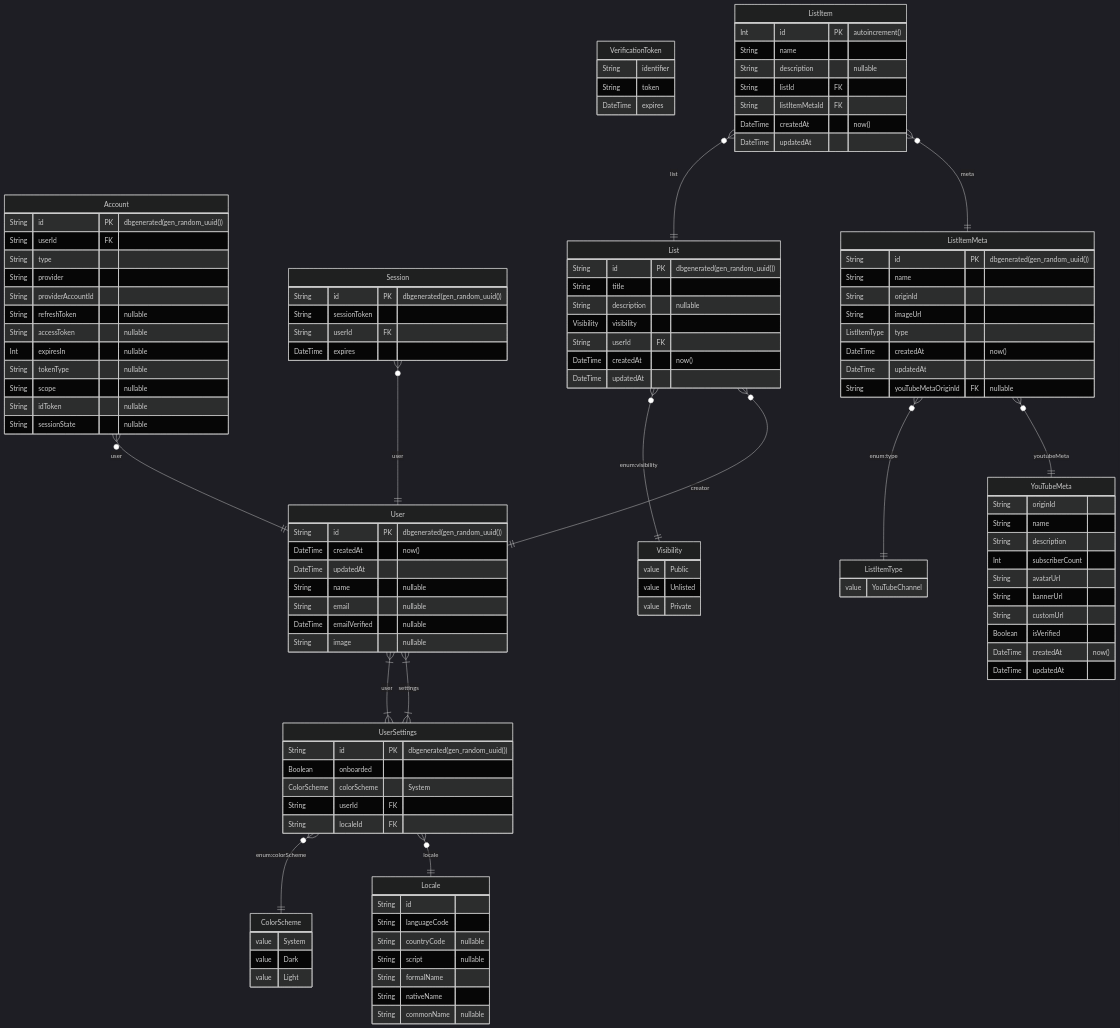
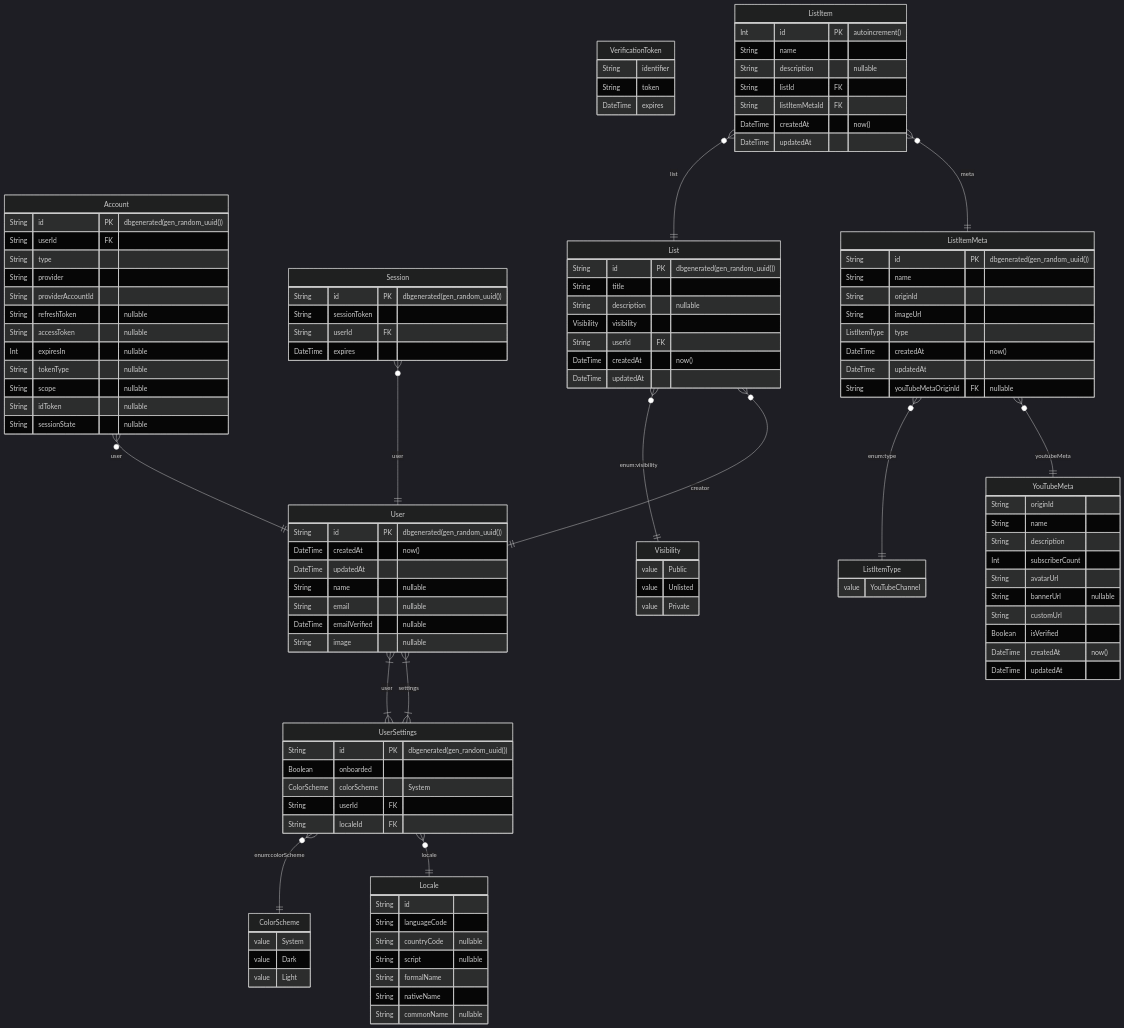
One commit to CodingGarden/listd changed the diagram in prisma/ERD.md. Above: the diagram before and after it, drawn with Mermaid (dark theme). The commit also changed 11 other files, not shown here.

```diff
--- a/prisma/ERD.md
+++ b/prisma/ERD.md
@@ -97,7 +97,7 @@
 		String description
 		Int subscriberCount
 		String avatarUrl
-		String bannerUrl
+		String bannerUrl  "nullable"
 		String customUrl
 		Boolean isVerified
 		DateTime createdAt  "now()"
```
